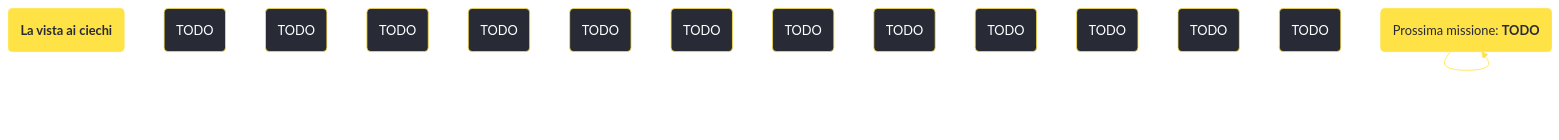
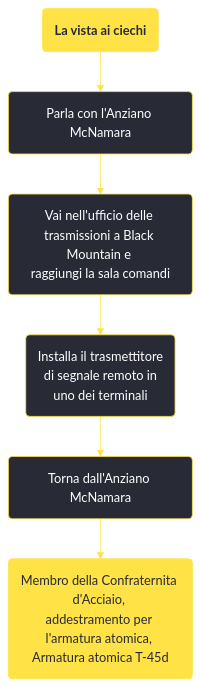
The diagram in content/voci/fallout new vegas/missioni/La vista ai ciechi.md (persy/wastelander), drawn with Mermaid before and after one commit. The commit also changed other lines of this file and 27 other files, not shown here.

````diff
--- a/content/voci/fallout new vegas/missioni/La vista ai ciechi.md
+++ b/content/voci/fallout new vegas/missioni/La vista ai ciechi.md
@@ -32,24 +32,16 @@
 ```mermaid
 %%{init: {'theme': 'base', 'themeVariables': { 'primaryColor': '#282a36', 'primaryBorderColor': '#ffe245', 'primaryTextColor': '#fff', 'lineColor': '#ffe245', 'fontFamily': 'Jura'}}}%%
 graph TD;
     id1(<b>La vista ai ciechi</b>):::questfnv
-    id2(TODO)
-    id3(TODO)
-    id4(TODO)
-    id5(TODO)
-    id6(TODO)
-    id7(TODO) 
-    id8(TODO)
-    id9(TODO)
-    id10(TODO)
-    id11(TODO)
-    id12(TODO)
-    id13(TODO) 
-    id(TODO):::rewardfnv
-    id(Prossima missione: <b>TODO</b>):::questfnv
-    id-->id-->id-->id-->id-->id-->id
+    id2(Parla con l'Anziano McNamara)
+    id3(Vai nell'ufficio delle <br />trasmissioni a Black Mountain e <br />raggiungi la sala comandi)
+    id4(Installa il trasmettitore <br />di segnale remoto in <br />uno dei terminali)
+    id5(Torna dall'Anziano McNamara)
+    id6(Membro della Confraternita d'Acciaio, <br />addestramento per l'armatura atomica, <br />Armatura atomica T-45d):::rewardfnv
+
+    id1-->id2-->id3-->id4-->id5-->id6
     
     click id "../TODO"
     classDef rewardfnv fill:#ffe245, stroke:#ffe245, color:#282a36;
     classDef questfnv fill:#ffe245, stroke:#ffe245, color:#282a36;
 ```
````
